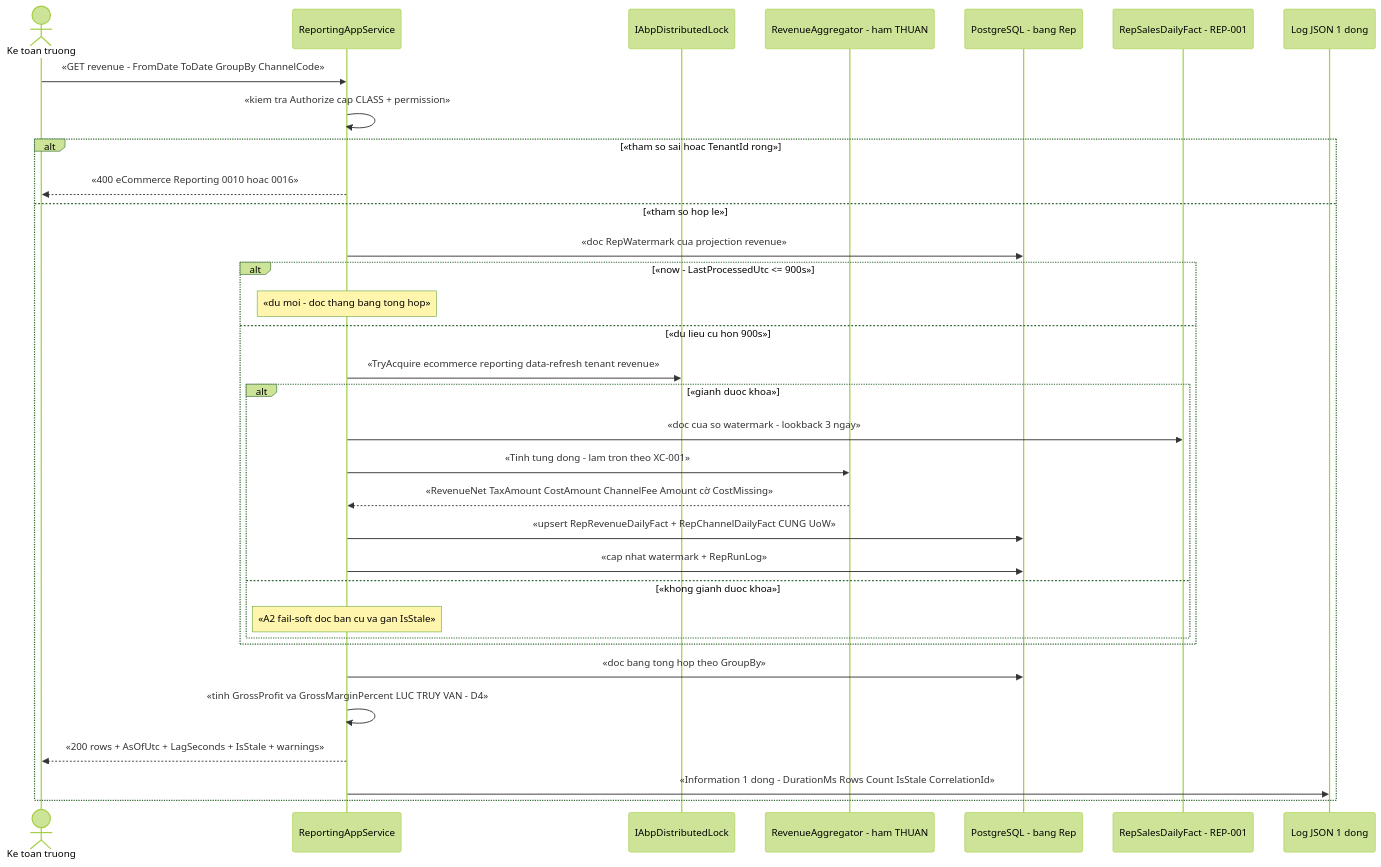
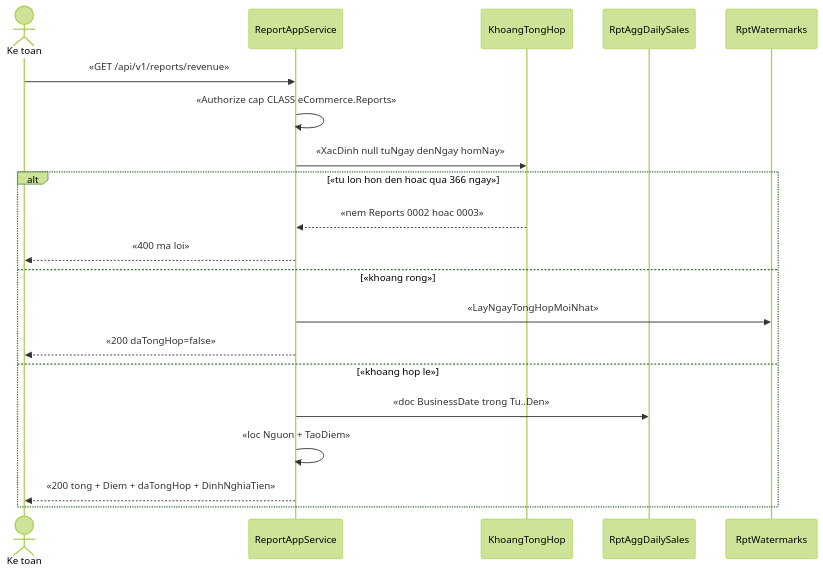
The fourth of 7 diagrams in docs/features/reporting/rep-002-bao-cao-doanh-thu-lai-gop.md (hungnt9801/eCommerce), drawn with Mermaid (forest theme) before and after one commit. The commit also changed other lines of this file and 5 other files, not shown here.

Commit message:
docs(nhanh): N57 - WP-14 P-14 REP-002 doc-gate vong 2, 7 quyet dinh + D-175

````diff
--- a/docs/features/reporting/rep-002-bao-cao-doanh-thu-lai-gop.md
+++ b/docs/features/reporting/rep-002-bao-cao-doanh-thu-lai-gop.md
@@ -241,36 +231,23 @@
 ```mermaid
 sequenceDiagram
-    actor KTT as Ke toan truong
-    participant API as ReportingAppService
-    participant LOCK as IAbpDistributedLock
-    participant AGG as RevenueAggregator - ham THUAN
-    participant DB as PostgreSQL - bang Rep
-    participant SRC as RepSalesDailyFact - REP-001
-    participant LOG as Log JSON 1 dong
+    actor KT as Ke toan
+    participant API as ReportAppService
+    participant KHOANG as KhoangTongHop
+    participant DB as RptAggDailySales
+    participant MOC as RptWatermarks
 
-    KTT->>API: «GET revenue - FromDate ToDate GroupBy ChannelCode»
-    API->>API: «kiem tra Authorize cap CLASS + permission»
-    alt «tham so sai hoac TenantId rong»
-        API-->>KTT: «400 eCommerce Reporting 0010 hoac 0016»
-    else «tham so hop le»
-        API->>DB: «doc RepWatermark cua projection revenue»
-        alt «now - LastProcessedUtc <= 900s»
-            Note over API: «du moi - doc thang bang tong hop»
-        else «du lieu cu hon 900s»
-            API->>LOCK: «TryAcquire ecommerce reporting data-refresh tenant revenue»
-            alt «gianh duoc khoa»
-                API->>SRC: «doc cua so watermark - lookback 3 ngay»
-                API->>AGG: «Tinh tung dong - lam tron theo XC-001»
-                AGG-->>API: «RevenueNet TaxAmount CostAmount ChannelFee Amount cờ CostMissing»
-                API->>DB: «upsert RepRevenueDailyFact + RepChannelDailyFact CUNG UoW»
-                API->>DB: «cap nhat watermark + RepRunLog»
-            else «khong gianh duoc khoa»
-                Note over API: «A2 fail-soft doc ban cu va gan IsStale»
-            end
-        end
-        API->>DB: «doc bang tong hop theo GroupBy»
-        API->>API: «tinh GrossProfit va GrossMarginPercent LUC TRUY VAN - D4»
-        API-->>KTT: «200 rows + AsOfUtc + LagSeconds + IsStale + warnings»
-        API->>LOG: «Information 1 dong - DurationMs Rows Count IsStale CorrelationId»
+    KT->>API: «GET /api/v1/reports/revenue»
+    API->>API: «Authorize cap CLASS eCommerce.Reports»
+    API->>KHOANG: «XacDinh null tuNgay denNgay homNay»
+    alt «tu lon hon den hoac qua 366 ngay»
+        KHOANG-->>API: «nem Reports 0002 hoac 0003»
+        API-->>KT: «400 ma loi»
+    else «khoang rong»
+        API->>MOC: «LayNgayTongHopMoiNhat»
+        API-->>KT: «200 daTongHop=false»
+    else «khoang hop le»
+        API->>DB: «doc BusinessDate trong Tu..Den»
+        API->>API: «loc Nguon + TaoDiem»
+        API-->>KT: «200 tong + Diem + daTongHop + DinhNghiaTien»
     end
 ```
````
